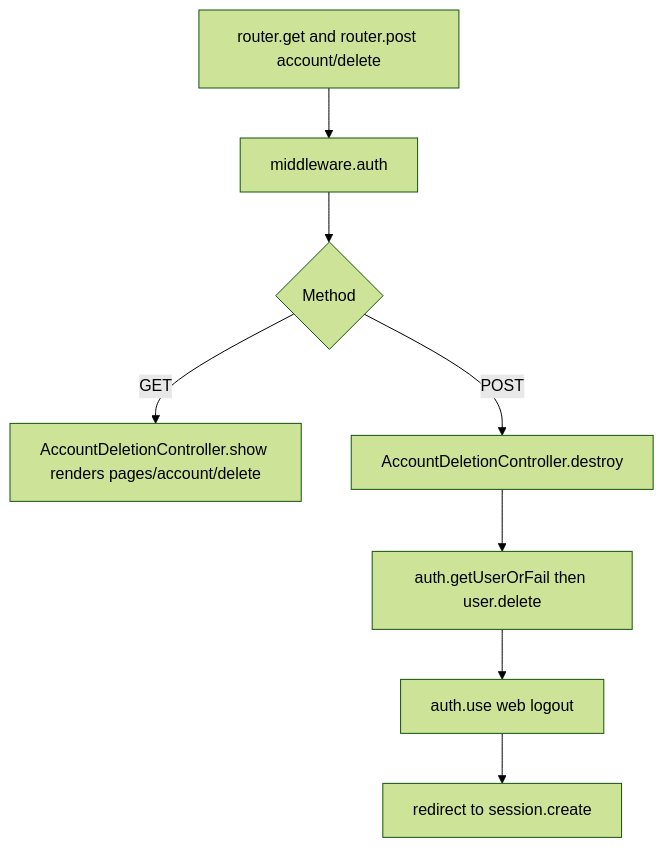
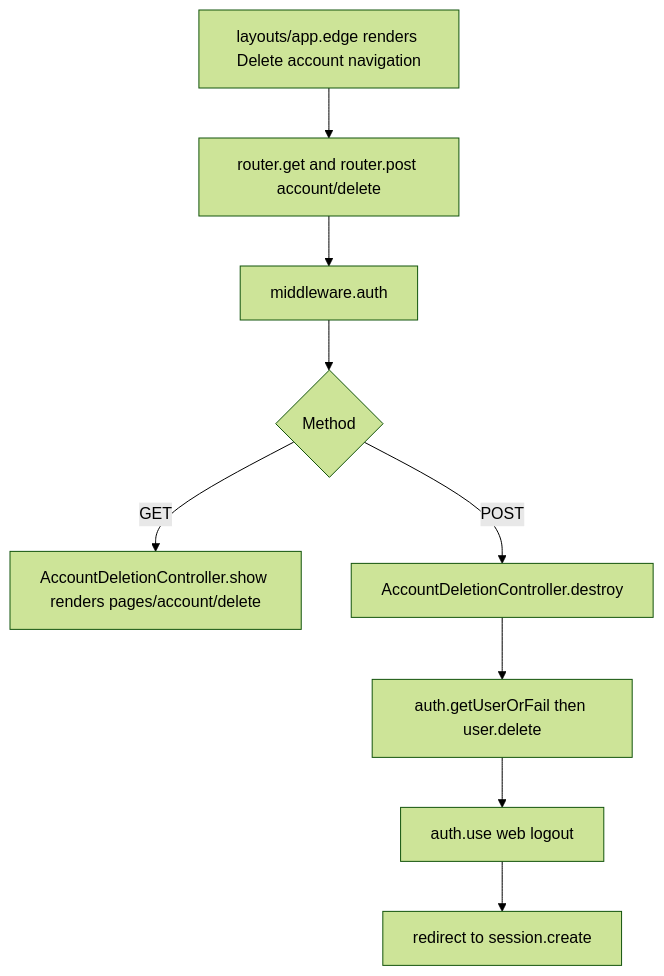
Before and after one commit to Kevinjohn/oss-adonisjs-lucid-soft-delete: the second of 2 diagrams in user-stories/example-apps/us-demo-03-hypermedia-account-deletion.md, drawn with Mermaid (forest theme). The commit also changed other lines of this file and 15 other files, not shown here.

Commit message:
Expose starter account recovery navigation by role

````diff
--- a/user-stories/example-apps/us-demo-03-hypermedia-account-deletion.md
+++ b/user-stories/example-apps/us-demo-03-hypermedia-account-deletion.md
@@ -35,10 +36,11 @@
 ```mermaid
 flowchart TD
+    N["layouts/app.edge renders Delete account navigation"] --> A
     A["router.get and router.post account/delete"] --> B["middleware.auth"]
     B --> C{"Method"}
     C -->|GET| D["AccountDeletionController.show renders pages/account/delete"]
     C -->|POST| E["AccountDeletionController.destroy"]
     E --> F["auth.getUserOrFail then user.delete"]
     F --> G["auth.use web logout"]
     G --> H["redirect to session.create"]
 ```
````
